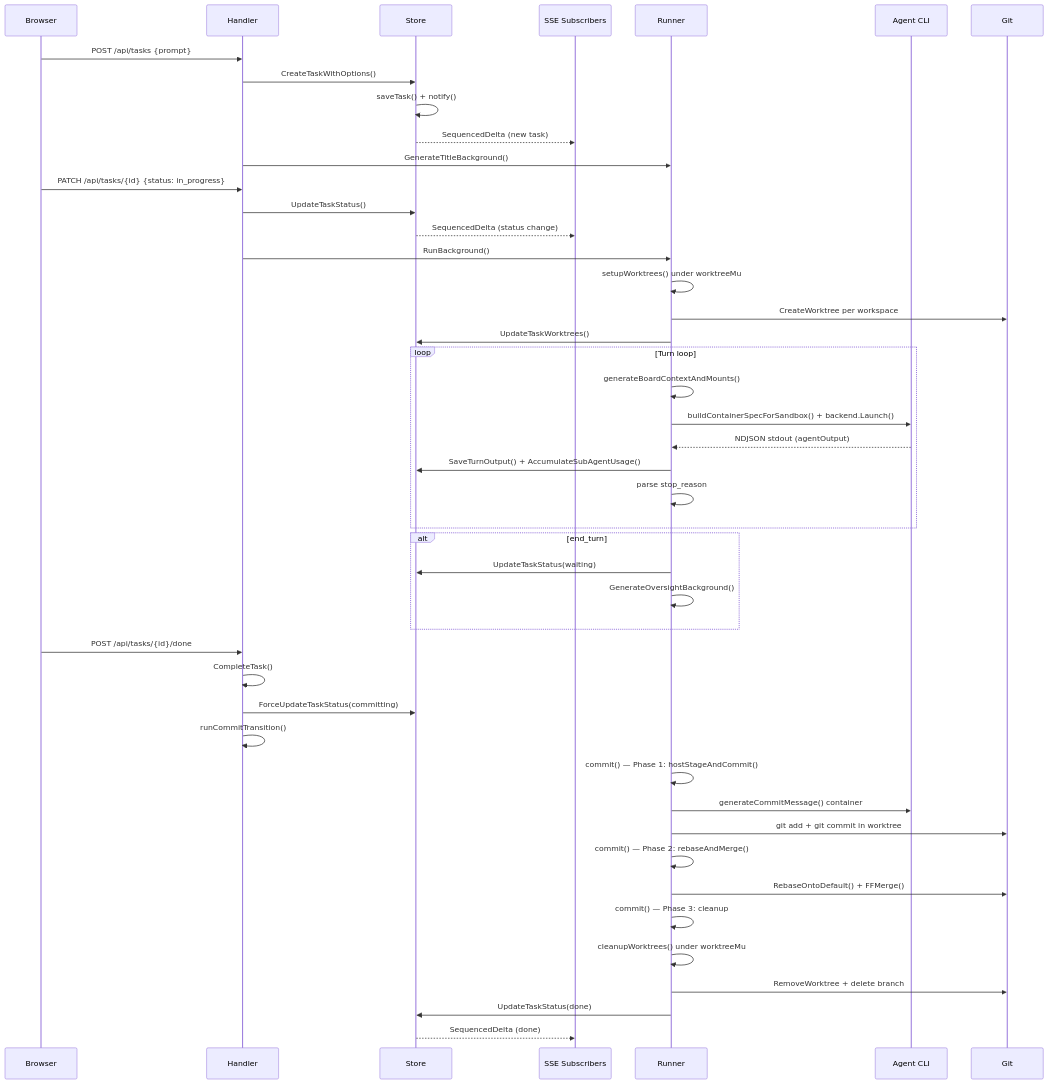
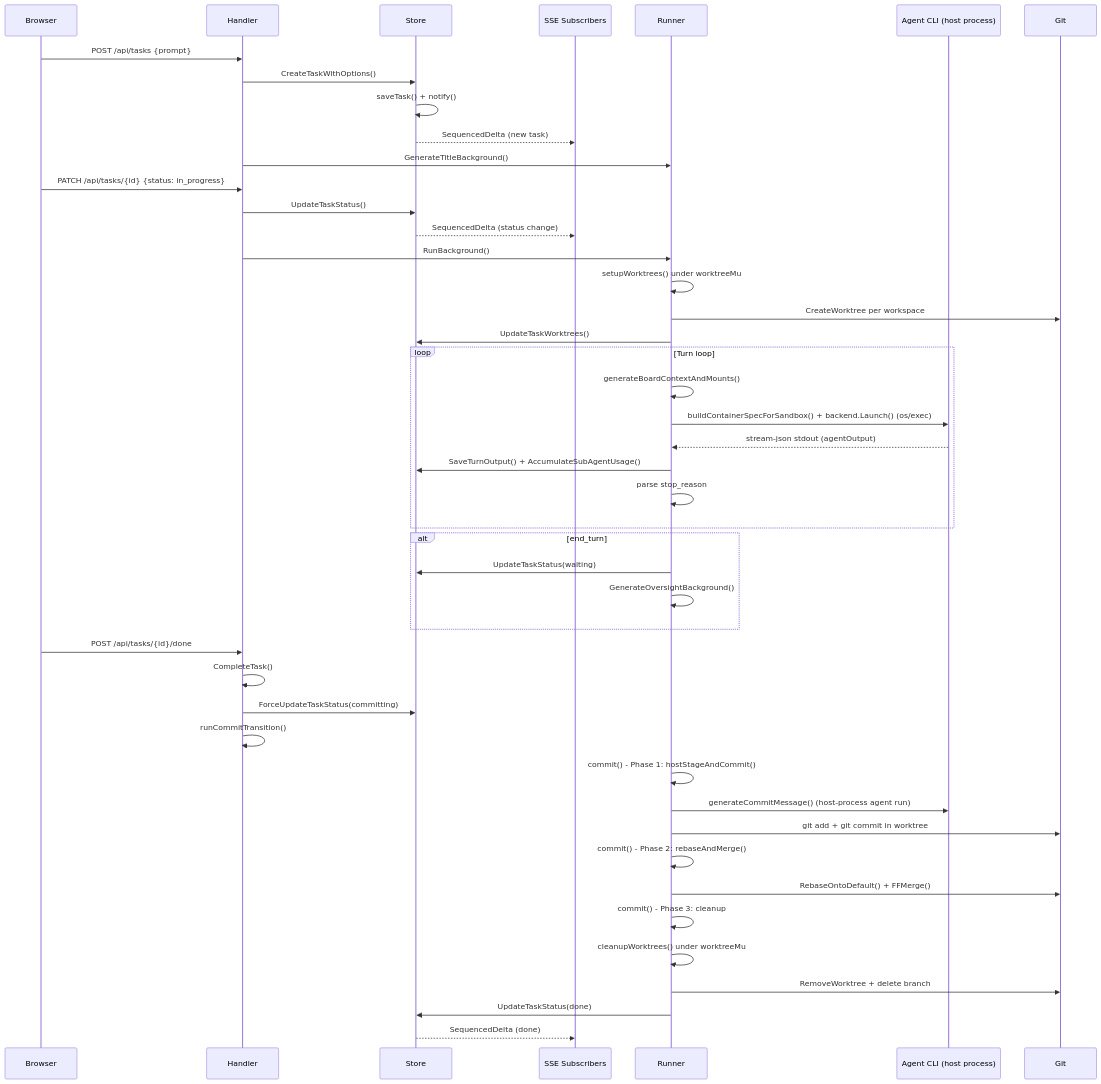
Before and after one commit to changkun/wallfacer: the fifth of 6 diagrams in docs/internals/architecture.md, drawn with Mermaid. The commit also changed other lines of this file, not shown here.

First line of the commit message:
docs(internals): host-process architecture, real package map and watchers

````diff
--- a/docs/internals/architecture.md
+++ b/docs/internals/architecture.md
@@ -158,57 +199,57 @@
 ```mermaid
 sequenceDiagram
     participant B as Browser
     participant H as Handler
     participant S as Store
     participant SSE as SSE Subscribers
     participant R as Runner
-    participant C as Agent CLI
+    participant C as Agent CLI (host process)
     participant G as Git
 
     B->>H: POST /api/tasks {prompt}
     H->>S: CreateTaskWithOptions()
     S->>S: saveTask() + notify()
     S-->>SSE: SequencedDelta (new task)
     H->>R: GenerateTitleBackground()
 
     B->>H: PATCH /api/tasks/{id} {status: in_progress}
     H->>S: UpdateTaskStatus()
     S-->>SSE: SequencedDelta (status change)
     H->>R: RunBackground()
 
     R->>R: setupWorktrees() under worktreeMu
     R->>G: CreateWorktree per workspace
     R->>S: UpdateTaskWorktrees()
 
     loop Turn loop
         R->>R: generateBoardContextAndMounts()
-        R->>C: buildContainerSpecForSandbox() + backend.Launch()
-        C-->>R: NDJSON stdout (agentOutput)
+        R->>C: buildContainerSpecForSandbox() + backend.Launch() (os/exec)
+        C-->>R: stream-json stdout (agentOutput)
         R->>S: SaveTurnOutput() + AccumulateSubAgentUsage()
         R->>R: parse stop_reason
     end
 
     alt end_turn
         R->>S: UpdateTaskStatus(waiting)
         R->>R: GenerateOversightBackground()
     end
 
     B->>H: POST /api/tasks/{id}/done
     H->>H: CompleteTask()
     H->>S: ForceUpdateTaskStatus(committing)
     H->>H: runCommitTransition()
 
-    R->>R: commit() — Phase 1: hostStageAndCommit()
-    R->>C: generateCommitMessage() container
+    R->>R: commit() - Phase 1: hostStageAndCommit()
+    R->>C: generateCommitMessage() (host-process agent run)
     R->>G: git add + git commit in worktree
 
-    R->>R: commit() — Phase 2: rebaseAndMerge()
+    R->>R: commit() - Phase 2: rebaseAndMerge()
     R->>G: RebaseOntoDefault() + FFMerge()
 
-    R->>R: commit() — Phase 3: cleanup
+    R->>R: commit() - Phase 3: cleanup
     R->>R: cleanupWorktrees() under worktreeMu
     R->>G: RemoveWorktree + delete branch
 
     R->>S: UpdateTaskStatus(done)
     S-->>SSE: SequencedDelta (done)
 ```
````
